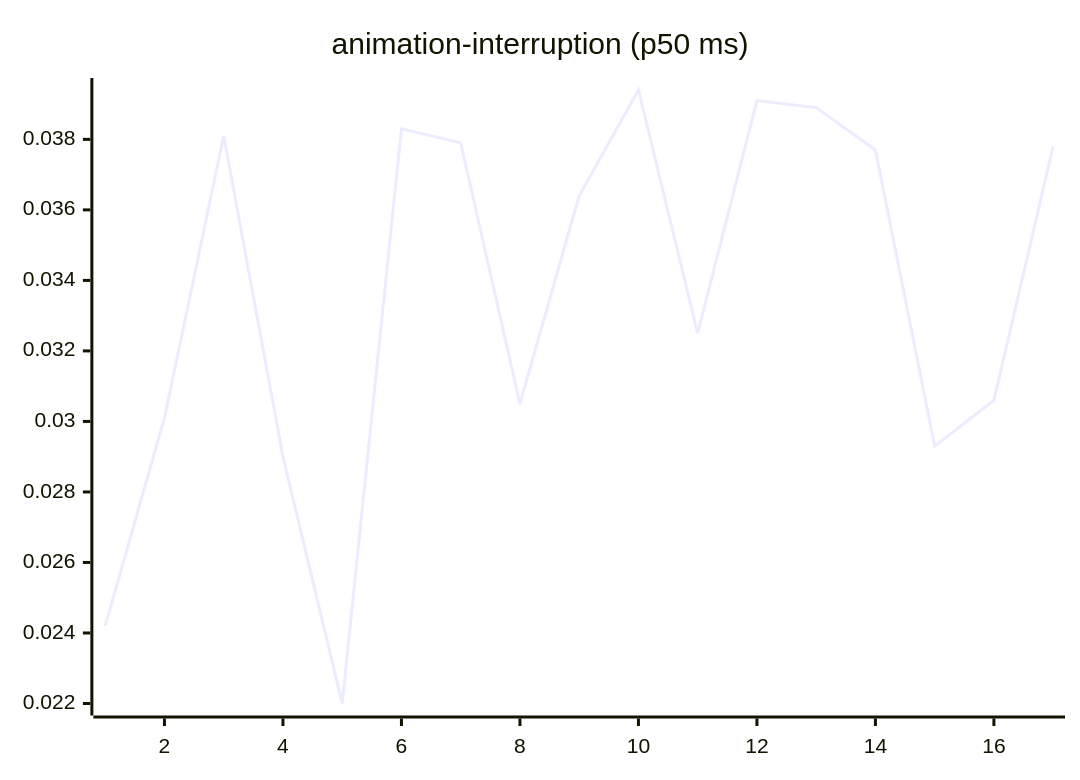
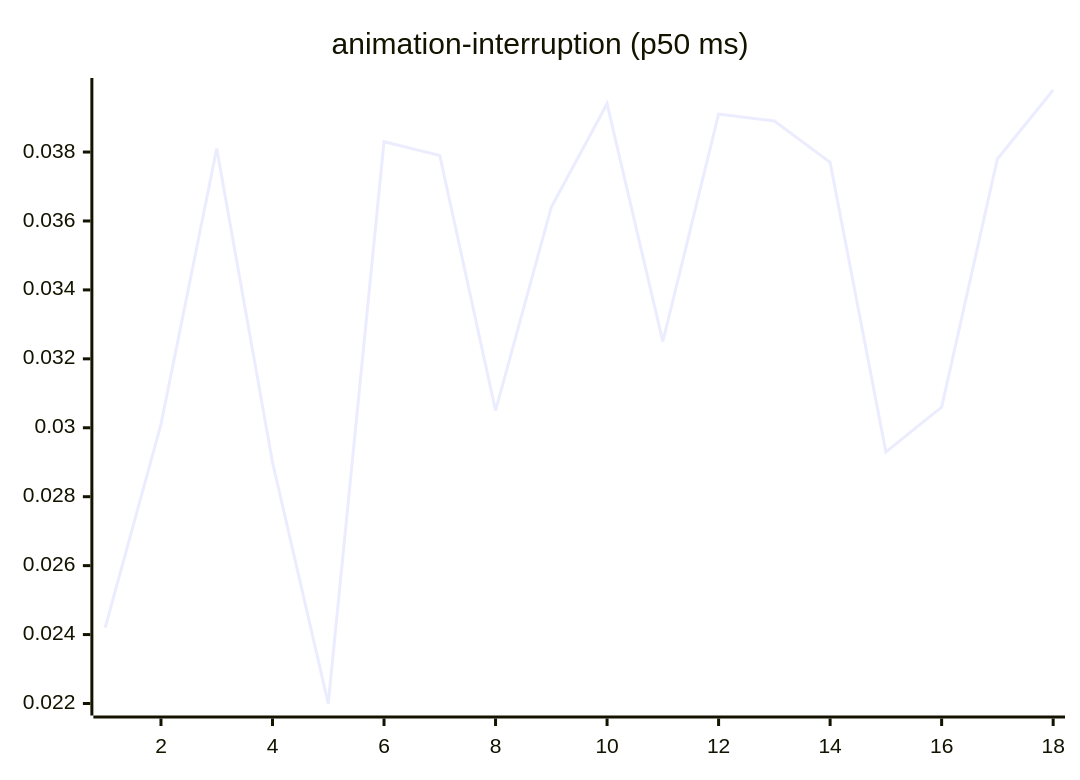
Before and after one commit to josha/Facet: the third of 27 diagrams in README.md, drawn with Mermaid. The commit also changed other lines of this file and 2 other files, not shown here.

````diff
--- a/README.md
+++ b/README.md
@@ -77,6 +77,6 @@
 ```mermaid
 xychart-beta
     title "animation-interruption (p50 ms)"
-    x-axis 1 --> 17
-    line [0.0242, 0.0301, 0.0381, 0.0290, 0.0220, 0.0383, 0.0379, 0.0305, 0.0364, 0.0394, 0.0325, 0.0391, 0.0389, 0.0377, 0.0293, 0.0306, 0.0378]
+    x-axis 1 --> 18
+    line [0.0242, 0.0301, 0.0381, 0.0290, 0.0220, 0.0383, 0.0379, 0.0305, 0.0364, 0.0394, 0.0325, 0.0391, 0.0389, 0.0377, 0.0293, 0.0306, 0.0378, 0.0398]
 ```
````
